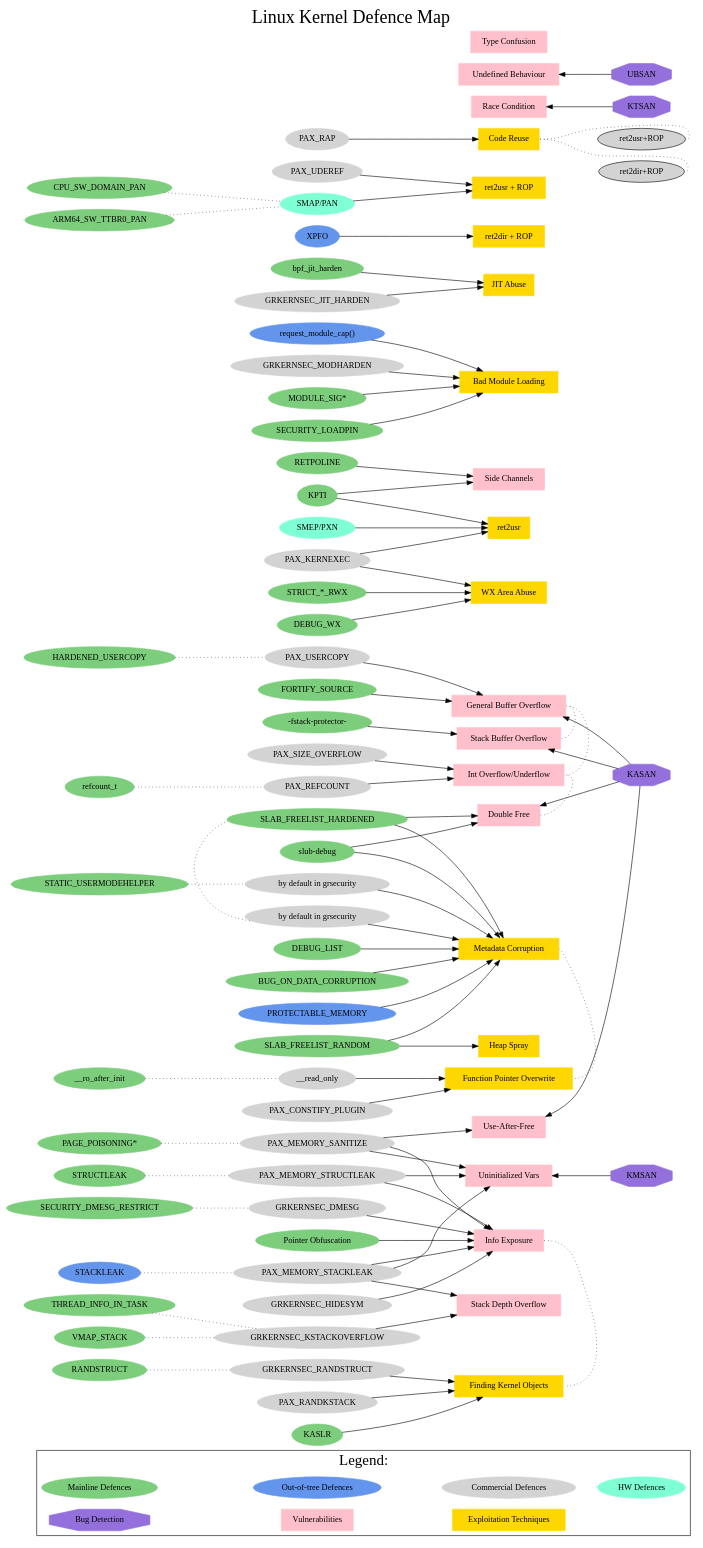
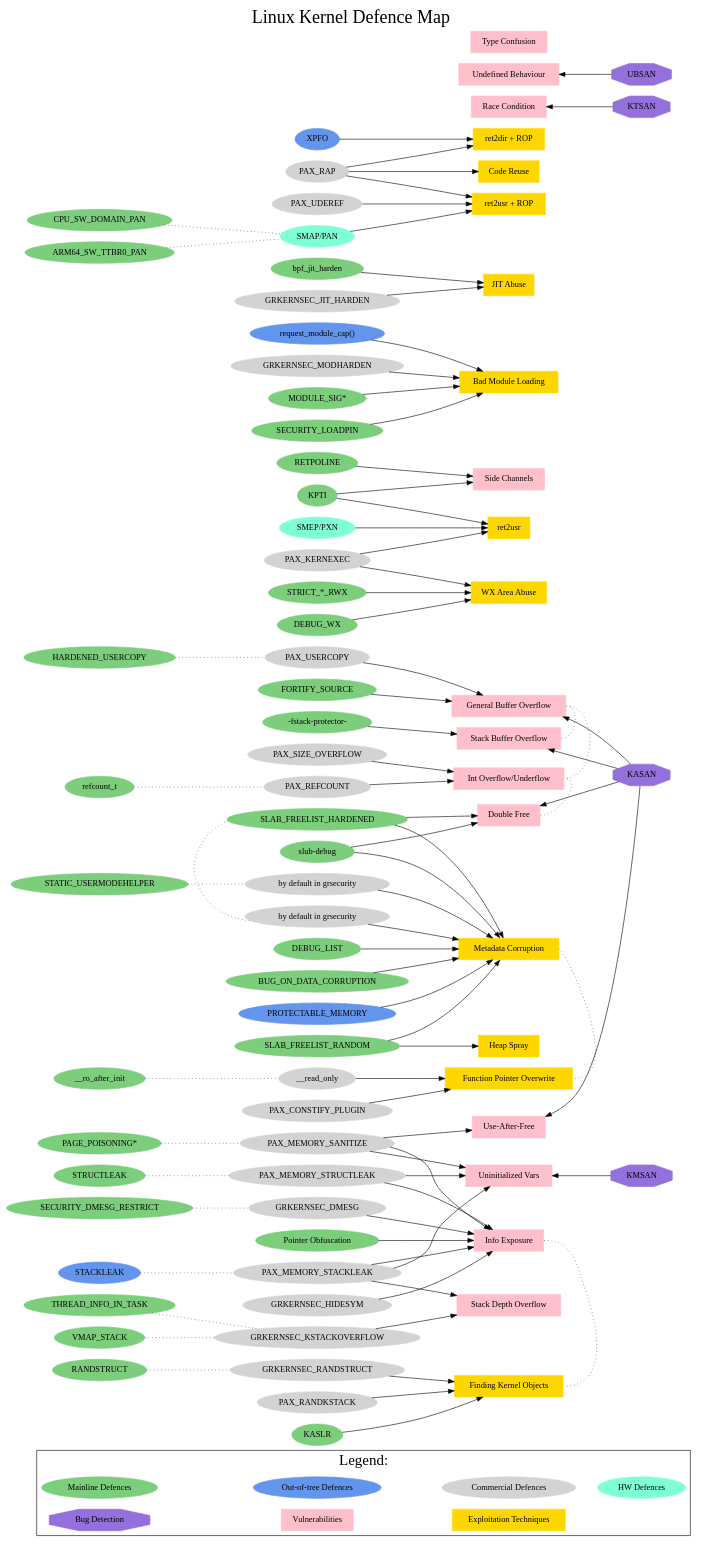
One commit to a13xp0p0v/linux-kernel-defence-map changed the diagram in linux-kernel-defence-map.dot. Above: the diagram before and after it, drawn with Graphviz.

Commit message:
RAP kills ROP (thanks to Brad Spengler)

```diff
--- a/linux-kernel-defence-map.dot
+++ b/linux-kernel-defence-map.dot
@@ -193,8 +193,6 @@
   "Int Overflow/Underflow" -> "Double Free";
   "Info Exposure" -> "Finding Kernel Objects";
   "Metadata Corruption" -> "Function Pointer Overwrite";
-  "Code Reuse" -> "ret2usr+ROP";
-  "Code Reuse" -> "ret2dir+ROP";
 
 
   // Bug Detection Means
@@ -275,8 +273,10 @@
 
   "PAX_UDEREF" -> "ret2usr + ROP";
   "SMAP/PAN" -> "ret2usr + ROP";
+  "PAX_RAP" -> "ret2usr + ROP";
 
   "XPFO" -> "ret2dir + ROP";
+  "PAX_RAP" -> "ret2dir + ROP";
 
   "KASLR" -> "Finding Kernel Objects";
   "GRKERNSEC_RANDSTRUCT" -> "Finding Kernel Objects";
```
